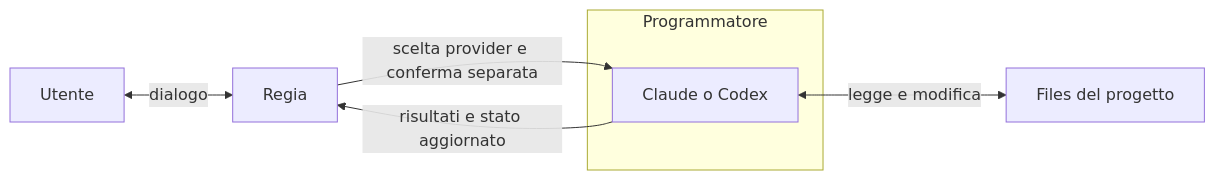
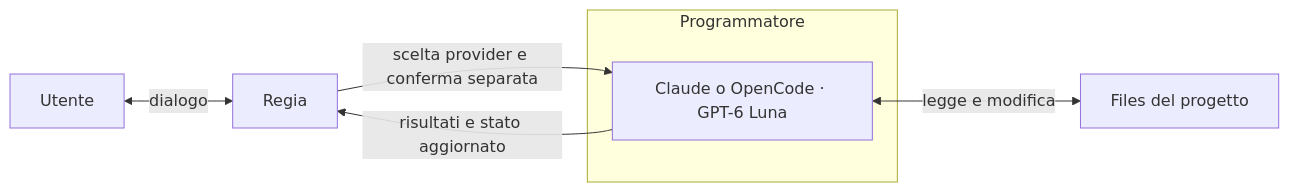
One commit to DRincs-Productions/LM-Studio changed the eighth of 12 diagrams in README.md. Above: the diagram before and after it, drawn with Mermaid. The commit also changed other lines of this file and 31 other files, not shown here.

Commit message:
Integrate OpenCode across Shadow workflows

````diff
--- a/README.md
+++ b/README.md
@@ -247,13 +245,13 @@
 ```mermaid
 flowchart LR
     U[Utente]
     R[Regia]
     F[Files del progetto]
     subgraph PROGRAMMATORE[Programmatore]
-        C[Claude o Codex]
+        C[Claude o OpenCode · GPT-6 Luna]
     end
     U <-->|dialogo| R
     R -->|scelta provider e conferma separata| C
     C <-->|legge e modifica| F
     C -->|risultati e stato aggiornato| R
 ```
````
